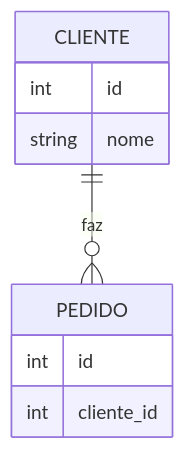
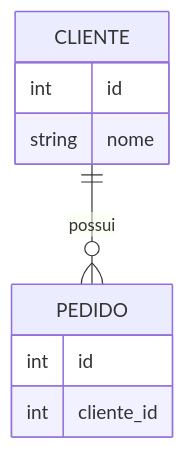
One commit to ISMAR-67/ZEPPELIN changed the diagram in docs/mer-processo-seletivo.md. Above: the diagram before and after it, drawn with Mermaid.

Commit message:
Update relationship label in Mermaid diagram

````diff
--- a/docs/mer-processo-seletivo.md
+++ b/docs/mer-processo-seletivo.md
@@ -3,12 +3,14 @@
 ```mermaid
 erDiagram
-    CLIENTE ||--o{ PEDIDO : faz
+    CLIENTE ||--o{ PEDIDO : possui
+
     CLIENTE {
         int id
         string nome
     }
+
     PEDIDO {
         int id
         int cliente_id
     }
 ```
````
